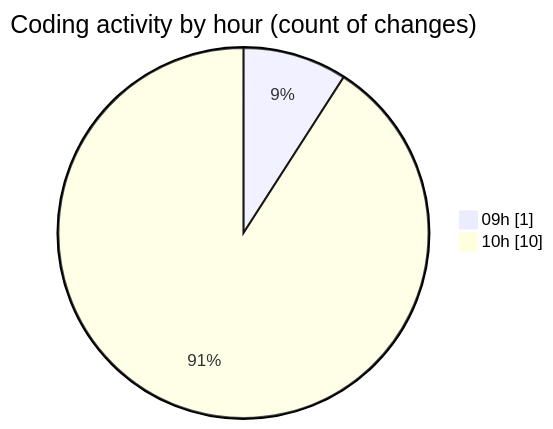
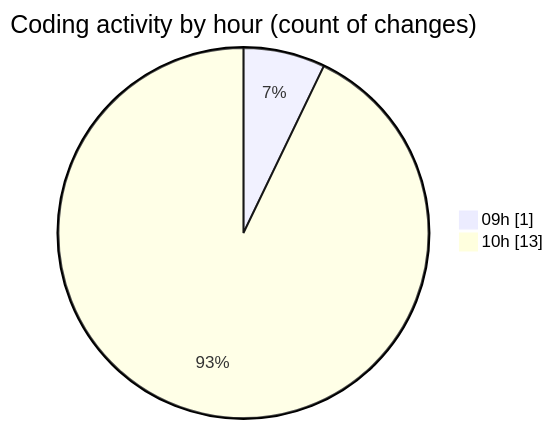
The second of 2 diagrams in 2026-08-25/jogo/README.md (LanceThiago/code-tracking), drawn with Mermaid before and after one commit. The commit also changed other lines of this file and 1 other file, not shown here.

````diff
--- a/2026-08-25/jogo/README.md
+++ b/2026-08-25/jogo/README.md
@@ -29,6 +29,6 @@
 ```mermaid
 pie showData
 title Coding activity by hour (count of changes)
 "09h" : 1
-"10h" : 10
+"10h" : 13
 ```
````
